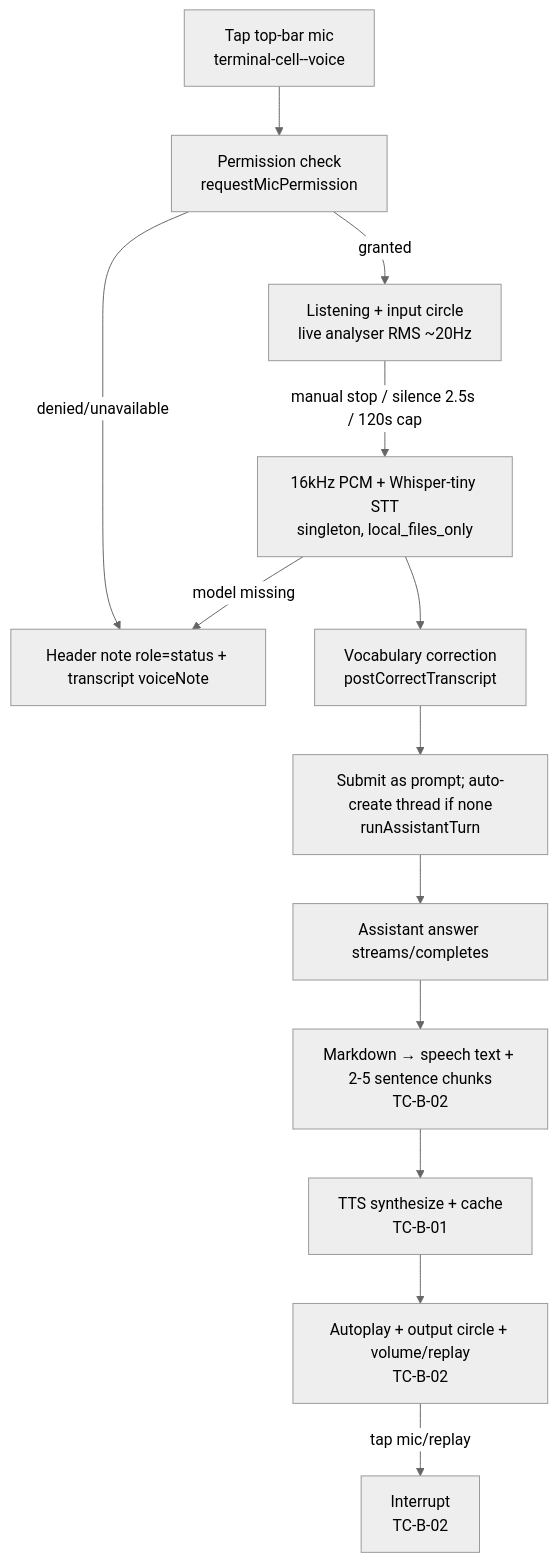
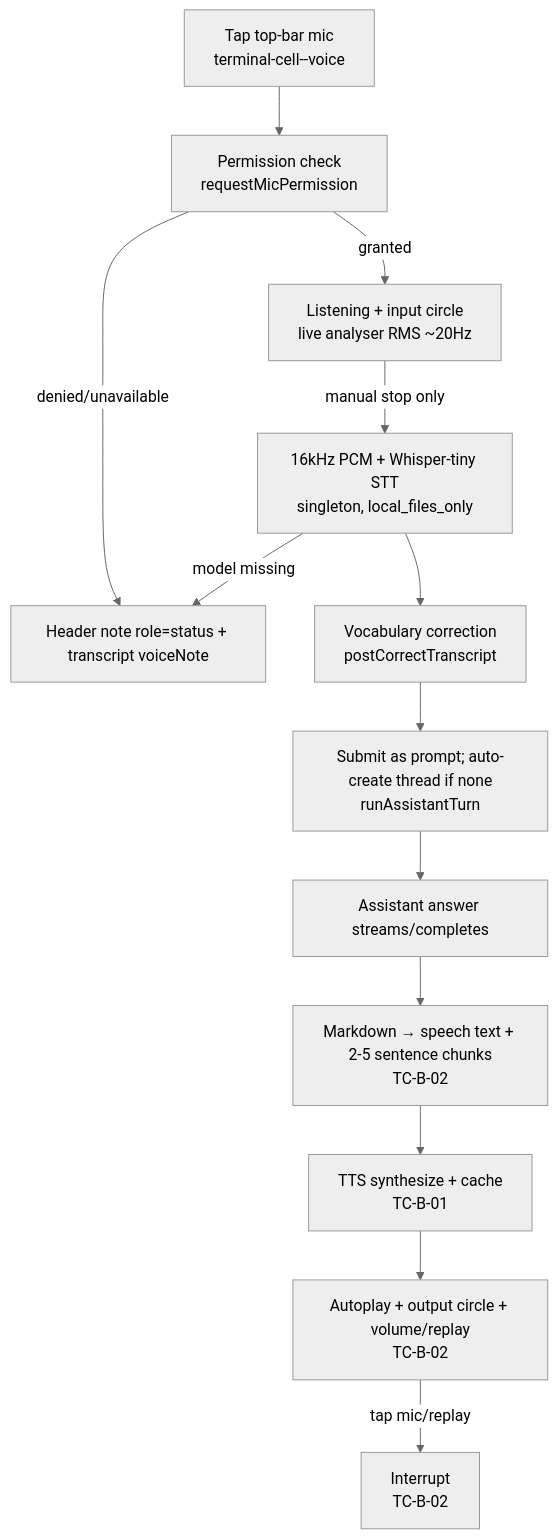
Before and after one commit to flerli/subway: the diagram in project_management/architecture/diagrams/flow-assistant-voice.md, drawn with Mermaid (neutral theme). The commit also changed 7 other files, not shown here.

Commit message:
feat: enhance voice capture functionality with manual stop and telemetry improvements

````diff
--- a/project_management/architecture/diagrams/flow-assistant-voice.md
+++ b/project_management/architecture/diagrams/flow-assistant-voice.md
@@ -5,15 +5,15 @@
 ```mermaid
 flowchart TD
     A[Tap top-bar mic<br/>terminal-cell--voice] --> B[Permission check<br/>requestMicPermission]
     B -->|denied/unavailable| E1[Header note role=status + transcript voiceNote]
     B -->|granted| C[Listening + input circle<br/>live analyser RMS ~20Hz]
-    C -->|manual stop / silence 2.5s / 120s cap| D[16kHz PCM + Whisper-tiny STT<br/>singleton, local_files_only]
+    C -->|manual stop only| D[16kHz PCM + Whisper-tiny STT<br/>singleton, local_files_only]
     D -->|model missing| E1
     D --> V[Vocabulary correction<br/>postCorrectTranscript]
     V --> S[Submit as prompt; auto-create thread if none<br/>runAssistantTurn]
     S --> T[Assistant answer streams/completes]
     T --> M[Markdown → speech text + 2-5 sentence chunks<br/>TC-B-02]
     M --> Y[TTS synthesize + cache<br/>TC-B-01]
     Y --> P[Autoplay + output circle + volume/replay<br/>TC-B-02]
     P -->|tap mic/replay| X[Interrupt<br/>TC-B-02]
 ```
````
